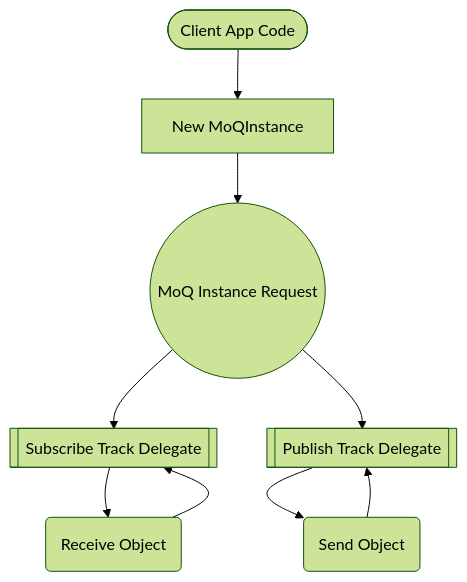
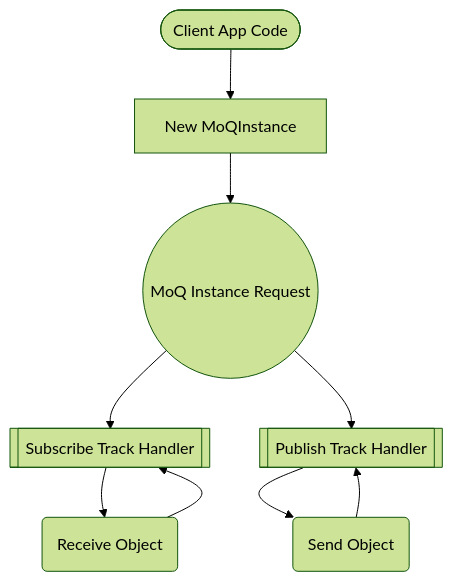
Before and after one commit to Quicr/libquicr: the second of 7 diagrams in docs/moq-implementation.md, drawn with Mermaid (forest theme). The commit also changed other lines of this file and 11 other files, not shown here.

````diff
--- a/docs/moq-implementation.md
+++ b/docs/moq-implementation.md
@@ -64,11 +64,11 @@
 ```mermaid
 flowchart TD
     A([Client App Code])-->MOQI[New MoQInstance]
     MOQI-->B((MoQ Instance Request))
-    B-->ST[[Subscribe Track Delegate]]
-    B-->PT[[Publish Track Delegate]]
+    B-->ST[[Subscribe Track Handler]]
+    B-->PT[[Publish Track Handler]]
     ST-->S_RO(Receive Object)
     S_RO-->ST
     PT-->P_SO(Send Object)
     P_SO-->PT
 ```
````
